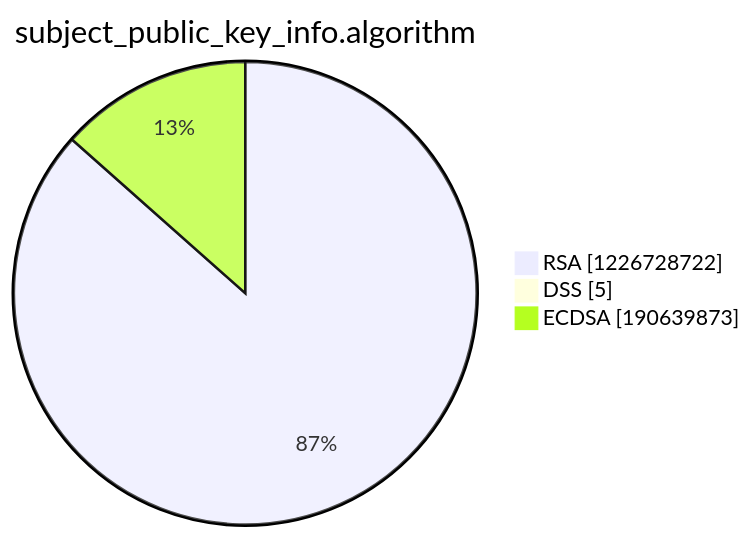
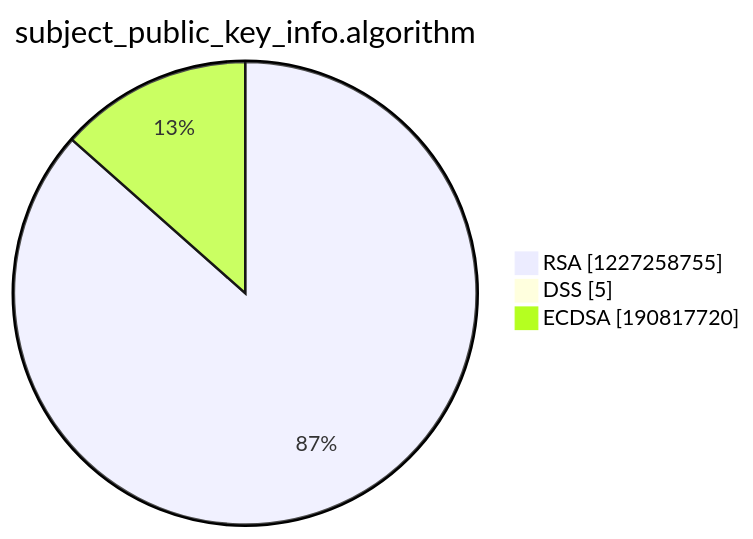
The third of 15 diagrams in argon2022/README.md (christiankrug/ctmonitor_visualization), drawn with Mermaid before and after one commit. The commit also changed other lines of this file, not shown here.

````diff
--- a/argon2022/README.md
+++ b/argon2022/README.md
@@ -14,7 +14,7 @@
 ```mermaid
 pie showData
 title subject_public_key_info.algorithm
-"RSA" :1226728722
+"RSA" :1227258755
 "DSS" :5
-"ECDSA" :190639873
+"ECDSA" :190817720
 ```
````
